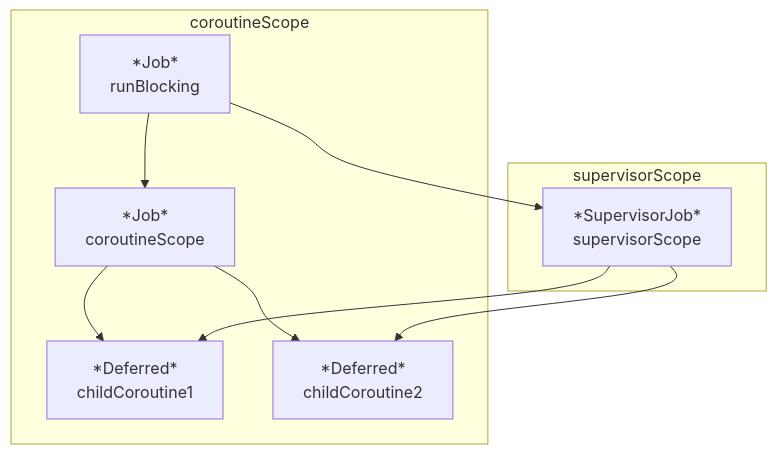
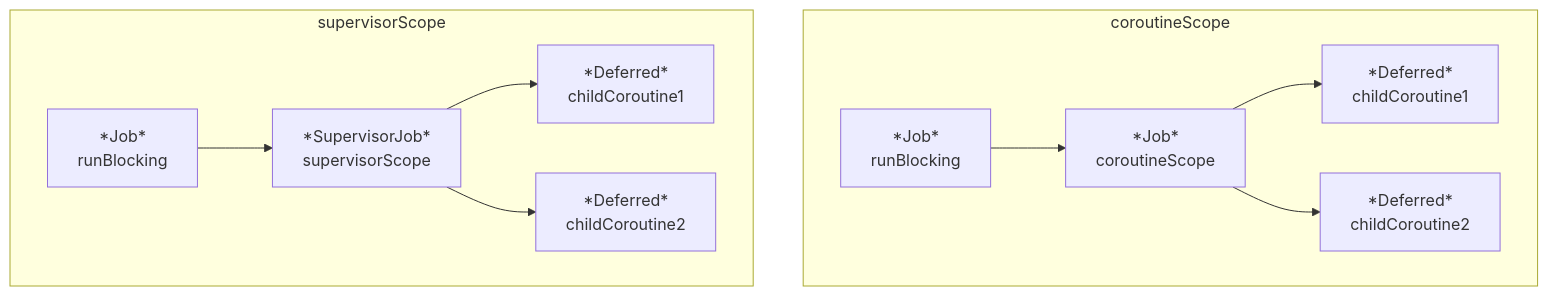
One commit to eunice-hong/garden changed the fifth of 5 diagrams in content/Notes/Summary/Reading/코틀린-코루틴의-정석/08장 예외 처리.md. Above: the diagram before and after it, drawn with Mermaid.

Commit message:
fix: mermaid error

````diff
--- a/content/Notes/Summary/Reading/코틀린-코루틴의-정석/08장 예외 처리.md
+++ b/content/Notes/Summary/Reading/코틀린-코루틴의-정석/08장 예외 처리.md
@@ -229,13 +229,13 @@
 ```mermaid
 flowchart TD
     subgraph coroutineScope 
         runBlocking["*Job*\nrunBlocking"] --> coroutineScope[*Job*\ncoroutineScope]
         coroutineScope --> childCoroutine1[*Deferred*\nchildCoroutine1]
         coroutineScope --> childCoroutine2[*Deferred*\nchildCoroutine2]
     end
     subgraph supervisorScope 
-        runBlocking["*Job*\nrunBlocking"] --> supervisorScope[*SupervisorJob*\nsupervisorScope]
-        supervisorScope --> childCoroutine1[*Deferred*\nchildCoroutine1]
-        supervisorScope --> childCoroutine2[*Deferred*\nchildCoroutine2]
+        runBlocking0["*Job*\nrunBlocking"] --> supervisorScope0[*SupervisorJob*\nsupervisorScope]
+        supervisorScope0 --> childCoroutine10[*Deferred*\nchildCoroutine1]
+        supervisorScope0 --> childCoroutine20[*Deferred*\nchildCoroutine2]
     end
 ```
````
